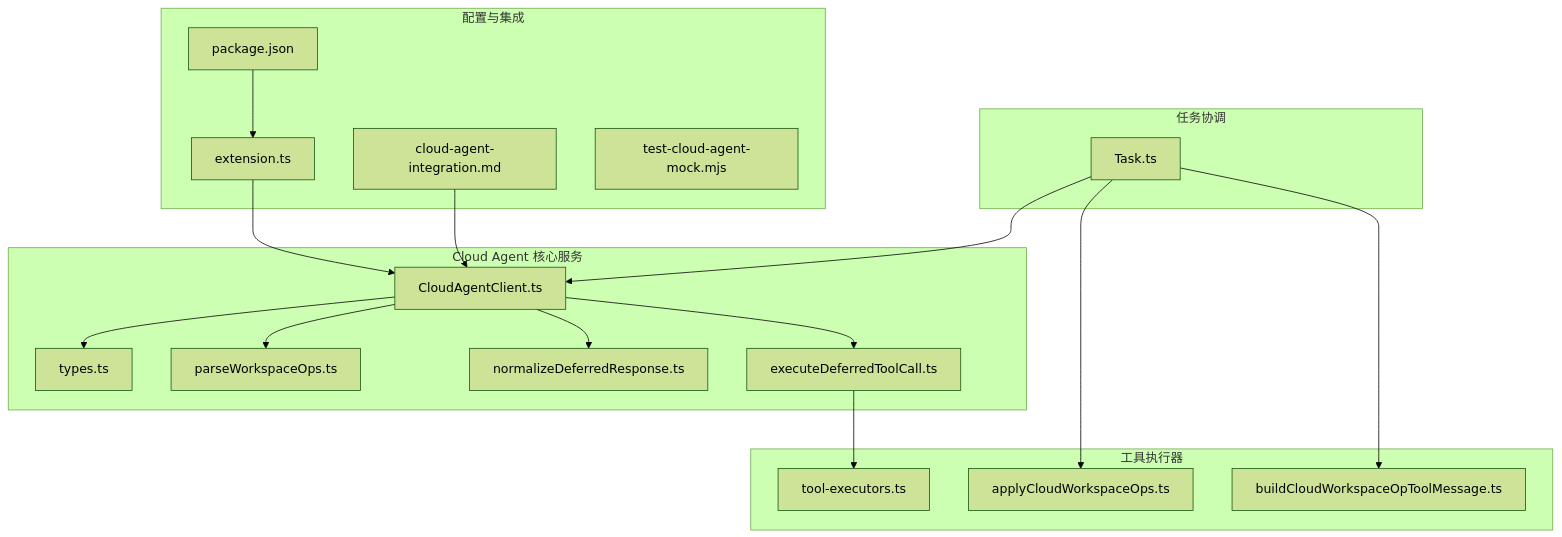
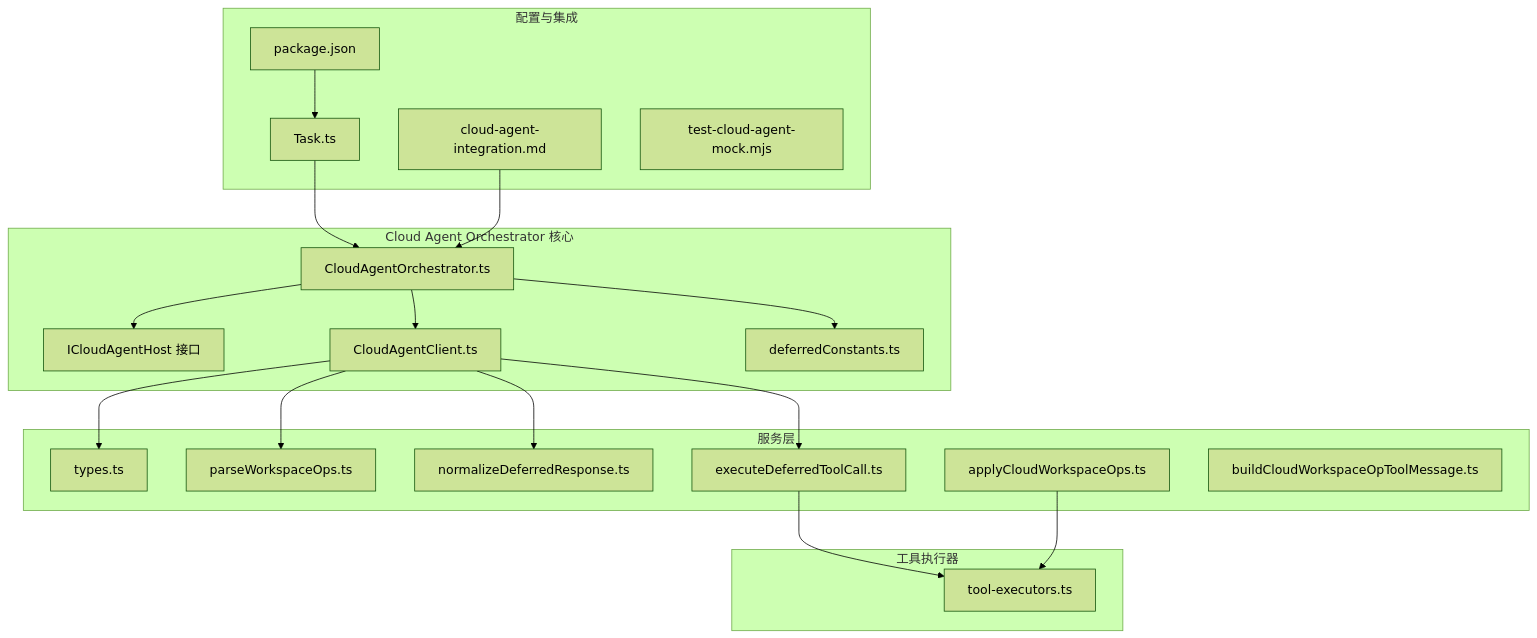
Before and after one commit to JunjieChen0/NJUST: the first of 8 diagrams in .qoder/repowiki/zh/content/项目概述/核心功能特性/Cloud Agent 云代理系统/Cloud Agent 云代理系统.md, drawn with Mermaid (forest theme). The commit also changed other lines of this file and 37 other files, not shown here.

````diff
--- a/.qoder/repowiki/zh/content/项目概述/核心功能特性/Cloud Agent 云代理系统/Cloud Agent 云代理系统.md
+++ b/.qoder/repowiki/zh/content/项目概述/核心功能特性/Cloud Agent 云代理系统/Cloud Agent 云代理系统.md
@@ -42,35 +53,38 @@
 ```mermaid
 graph TB
-subgraph "Cloud Agent 核心服务"
-CA[CloudAgentClient.ts]
+subgraph "Cloud Agent Orchestrator 核心"
+CO[CloudAgentOrchestrator.ts]
+HC[ICloudAgentHost 接口]
+CC[CloudAgentClient.ts]
+DC[deferredConstants.ts]
+end
+subgraph "服务层"
 Types[types.ts]
 Parse[parseWorkspaceOps.ts]
 Norm[normalizeDeferredResponse.ts]
 Exec[executeDeferredToolCall.ts]
+Apply[applyCloudWorkspaceOps.ts]
+Build[buildCloudWorkspaceOpToolMessage.ts]
 end
 subgraph "工具执行器"
 TE[tool-executors.ts]
-Apply[applyCloudWorkspaceOps.ts]
-Build[buildCloudWorkspaceOpToolMessage.ts]
-end
-subgraph "任务协调"
-Task[Task.ts]
 end
 subgraph "配置与集成"
-Ext[extension.ts]
+Task[Task.ts]
 Pkg[package.json]
 Doc[cloud-agent-integration.md]
 Mock[test-cloud-agent-mock.mjs]
 end
-CA --> Types
-CA --> Parse
-CA --> Norm
-CA --> Exec
+CO --> HC
+CO --> CC
+CO --> DC
+CC --> Types
+CC --> Parse
+CC --> Norm
+CC --> Exec
 Exec --> TE
-Task --> CA
-Task --> Apply
-Task --> Build
-Ext --> CA
-Pkg --> Ext
-Doc --> CA
+Apply --> TE
+Task --> CO
+Pkg --> Task
+Doc --> CO
 ```
````
